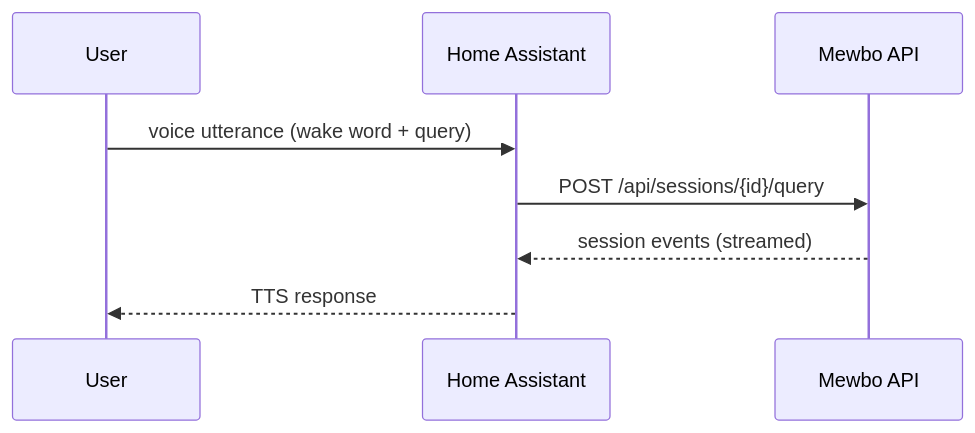
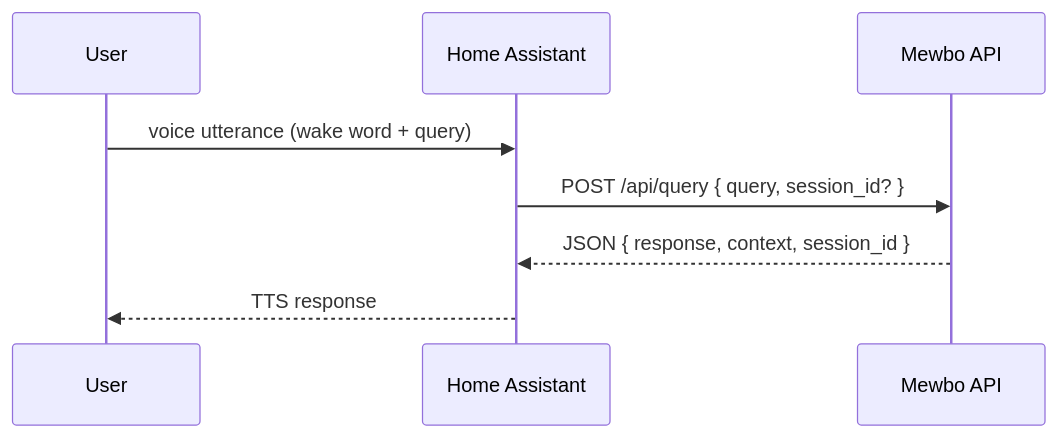
Before and after one commit to bearlike/Assistant: the diagram in docs/clients-home-assistant.md, drawn with Mermaid. The commit also changed other lines of this file and 667 other files, not shown here.

First line of the commit message:
✨ feat: Mewbo Aura Android client, full-Textual CLI, multi-language code graph, and device tools (#198)

````diff
--- a/docs/clients-home-assistant.md
+++ b/docs/clients-home-assistant.md
@@ -21,11 +23,11 @@
 ```mermaid
 sequenceDiagram
     participant User
     participant HA as Home Assistant
     participant API as Mewbo API
 
     User->>HA: voice utterance (wake word + query)
-    HA->>API: POST /api/sessions/{id}/query
-    API-->>HA: session events (streamed)
+    HA->>API: POST /api/query { query, session_id? }
+    API-->>HA: JSON { response, context, session_id }
     HA-->>User: TTS response
 ```
````
